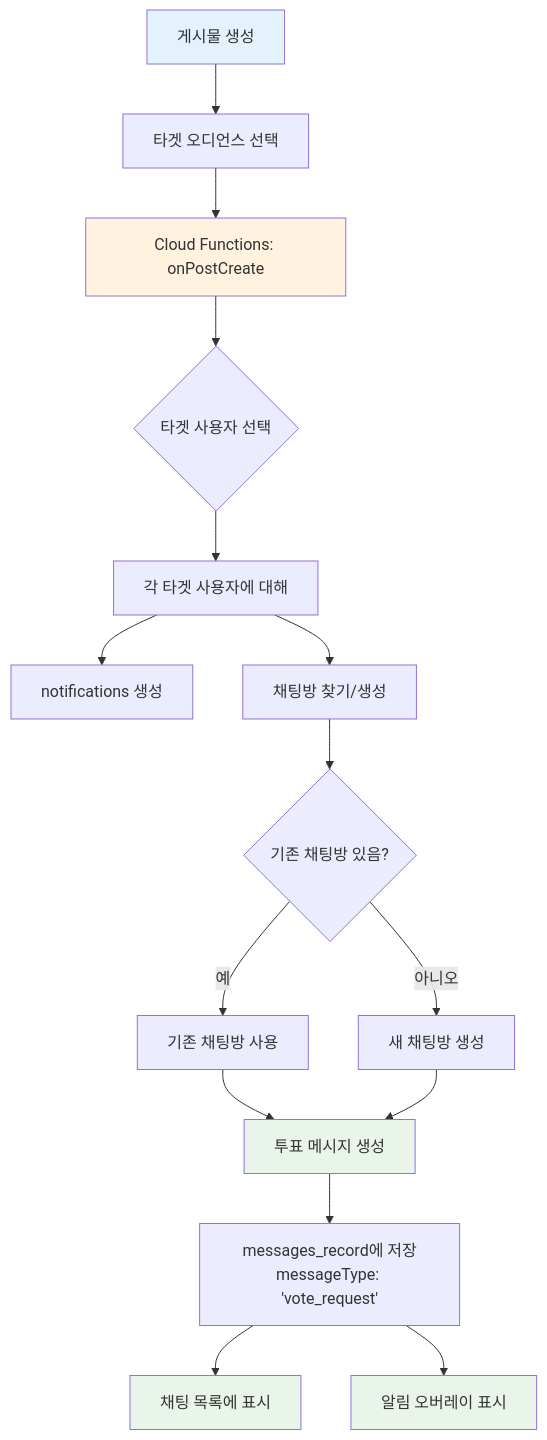
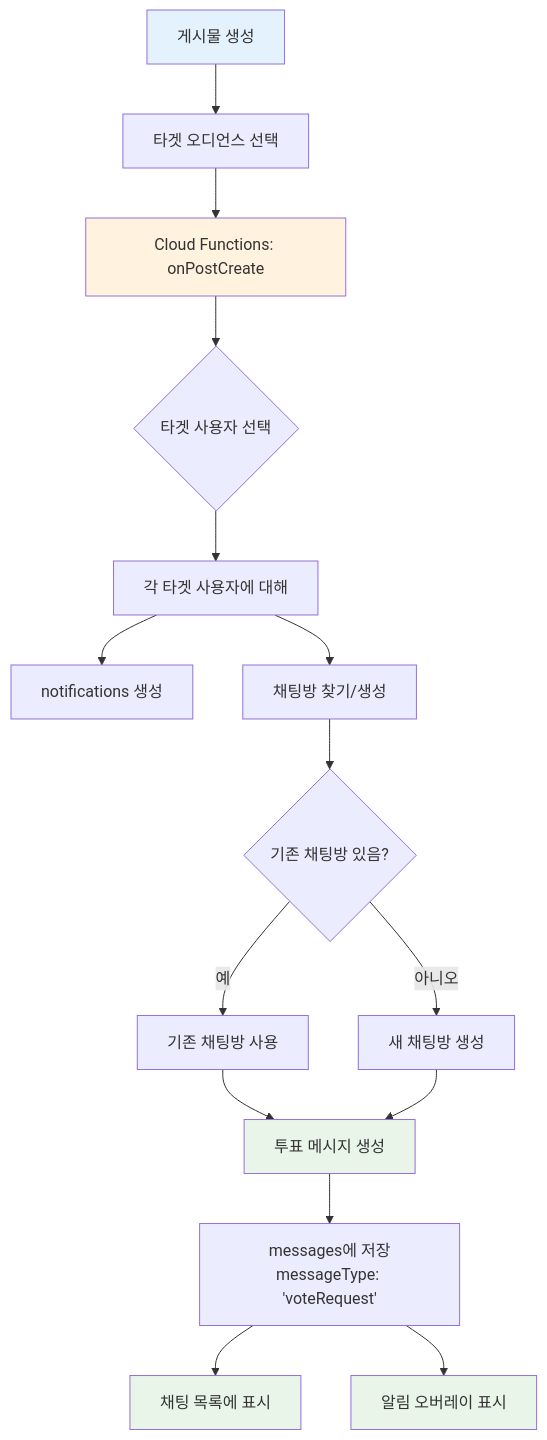
Diagram 14 of 17 in 백엔드다이어그램.md (gblack84/versus-cursor), drawn with Mermaid before and after one commit. The commit also changed other lines of this file and 89 other files, not shown here.

````diff
--- a/백엔드다이어그램.md
+++ b/백엔드다이어그램.md
@@ -792,27 +792,27 @@
 ```mermaid
 flowchart TD
     A[게시물 생성] --> B[타겟 오디언스 선택]
     B --> C[Cloud Functions: onPostCreate]
     C --> D{타겟 사용자 선택}
     
     D --> E[각 타겟 사용자에 대해]
     E --> F[notifications 생성]
     E --> G[채팅방 찾기/생성]
     
     G --> H{기존 채팅방 있음?}
     H -->|예| I[기존 채팅방 사용]
     H -->|아니오| J[새 채팅방 생성]
     
     I --> K[투표 메시지 생성]
     J --> K
     
-    K --> L[messages_record에 저장<br/>messageType: 'vote_request']
+    K --> L[messages에 저장<br/>messageType: 'voteRequest']
     L --> M[채팅 목록에 표시]
     L --> N[알림 오버레이 표시]
     
     style A fill:#e3f2fd
     style C fill:#fff3e0
     style K fill:#e8f5e8
     style M fill:#e8f5e8
     style N fill:#e8f5e8
 ```
````
